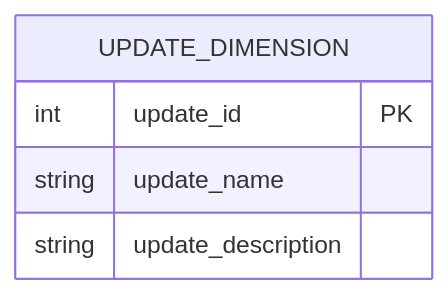
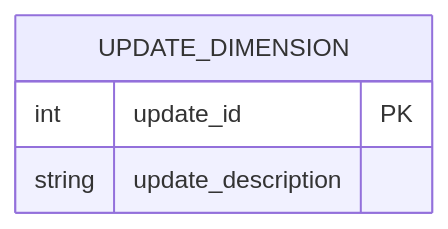
Before and after one commit to LONG-TERM-EFFECTS-OF-SUFFERING/Rapidos_y_Furiosos_data_warehouse: the fourth of 9 diagrams in dimensions_and_data_marts.md, drawn with Mermaid. The commit also changed other lines of this file and 5 other files, not shown here.

````diff
--- a/dimensions_and_data_marts.md
+++ b/dimensions_and_data_marts.md
@@ -42,8 +42,7 @@
 ```MERMAID
 erDiagram
     UPDATE_DIMENSION {
         int update_id PK
-        string update_name
         string update_description
     }
 ```
````
